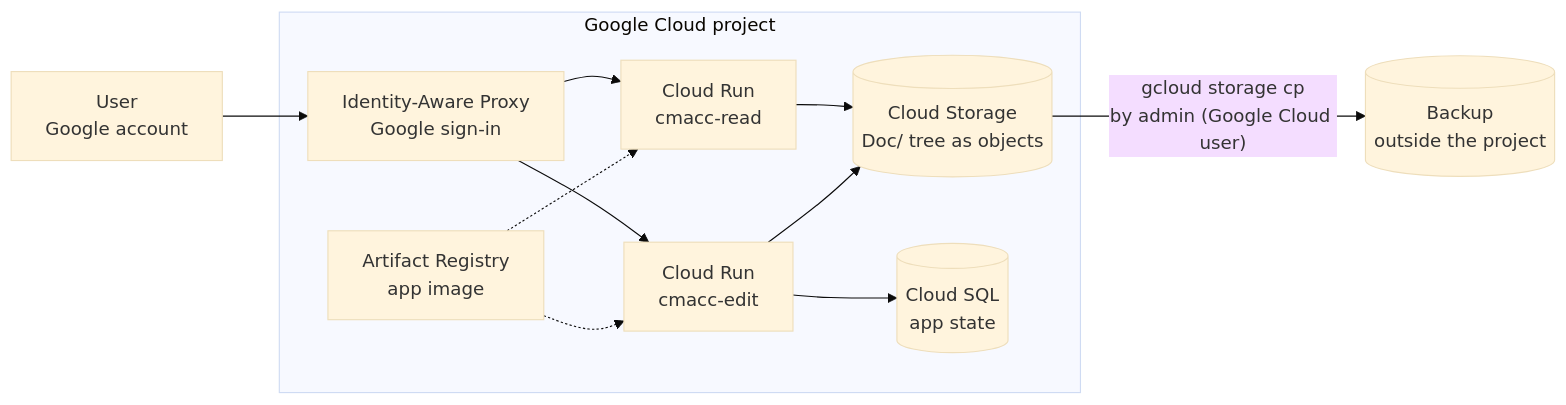
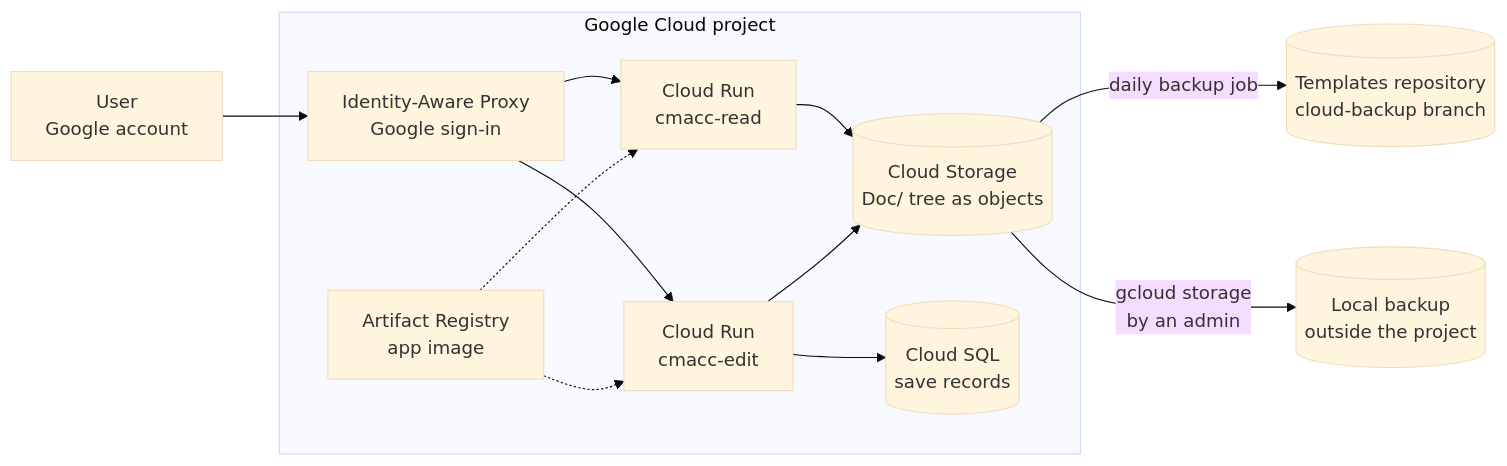
The diagram in docs/infra-architecture.md (CommonAccord/Cmacc-Org), drawn with Mermaid (base theme) before and after one commit. The commit also changed other lines of this file and 11 other files, not shown here.

````diff
--- a/docs/infra-architecture.md
+++ b/docs/infra-architecture.md
@@ -27,16 +28,17 @@
 ```mermaid
 flowchart LR
   user["User<br/>Google account"] --> iap["Identity-Aware Proxy<br/>Google sign-in"]
 
   subgraph project["Google Cloud project"]
     iap --> read["Cloud Run<br/>cmacc-read"]
     iap --> edit["Cloud Run<br/>cmacc-edit"]
     read --> bucket[("Cloud Storage<br/>Doc/ tree as objects")]
     edit --> bucket
-    edit --> db[("Cloud SQL<br/>app state")]
+    edit --> db[("Cloud SQL<br/>save records")]
     registry["Artifact Registry<br/>app image"] -.-> read
     registry -.-> edit
   end
 
-  bucket -->|"gcloud storage cp<br/>by admin (Google Cloud user)"| backup[("Backup<br/>outside the project")]
+  bucket -->|"daily backup job"| git[("Templates repository<br/>cloud-backup branch")]
+  bucket -->|"gcloud storage<br/>by an admin"| backup[("Local backup<br/>outside the project")]
 ```
````
